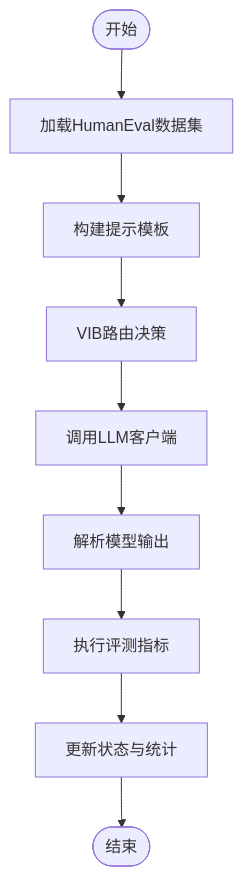
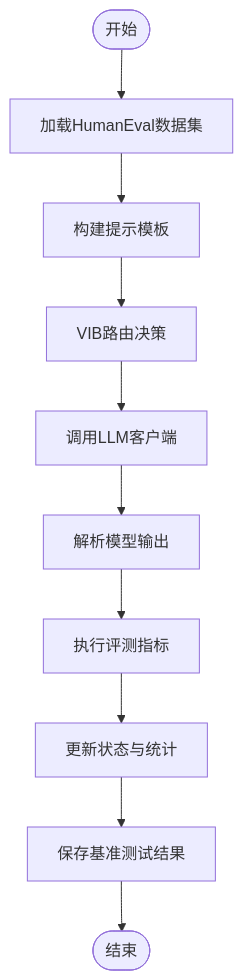
The sixth of 7 diagrams in .qoder/repowiki/zh/content/核心架构/实验框架/HumanEval基准测试.md (QuStarry/VIB-SparseCommunication), drawn with Mermaid before and after one commit. The commit also changed other lines of this file and 18 other files, not shown here.

````diff
--- a/.qoder/repowiki/zh/content/核心架构/实验框架/HumanEval基准测试.md
+++ b/.qoder/repowiki/zh/content/核心架构/实验框架/HumanEval基准测试.md
@@ -181,11 +198,12 @@
 ```mermaid
 flowchart TD
 Start(["开始"]) --> LoadData["加载HumanEval数据集"]
 LoadData --> BuildPrompt["构建提示模板"]
 BuildPrompt --> Route["VIB路由决策"]
 Route --> CallLLM["调用LLM客户端"]
 CallLLM --> ParseResp["解析模型输出"]
 ParseResp --> Evaluate["执行评测指标"]
 Evaluate --> UpdateState["更新状态与统计"]
-UpdateState --> End(["结束"])
+UpdateState --> SaveResults["保存基准测试结果"]
+SaveResults --> End(["结束"])
 ```
````
